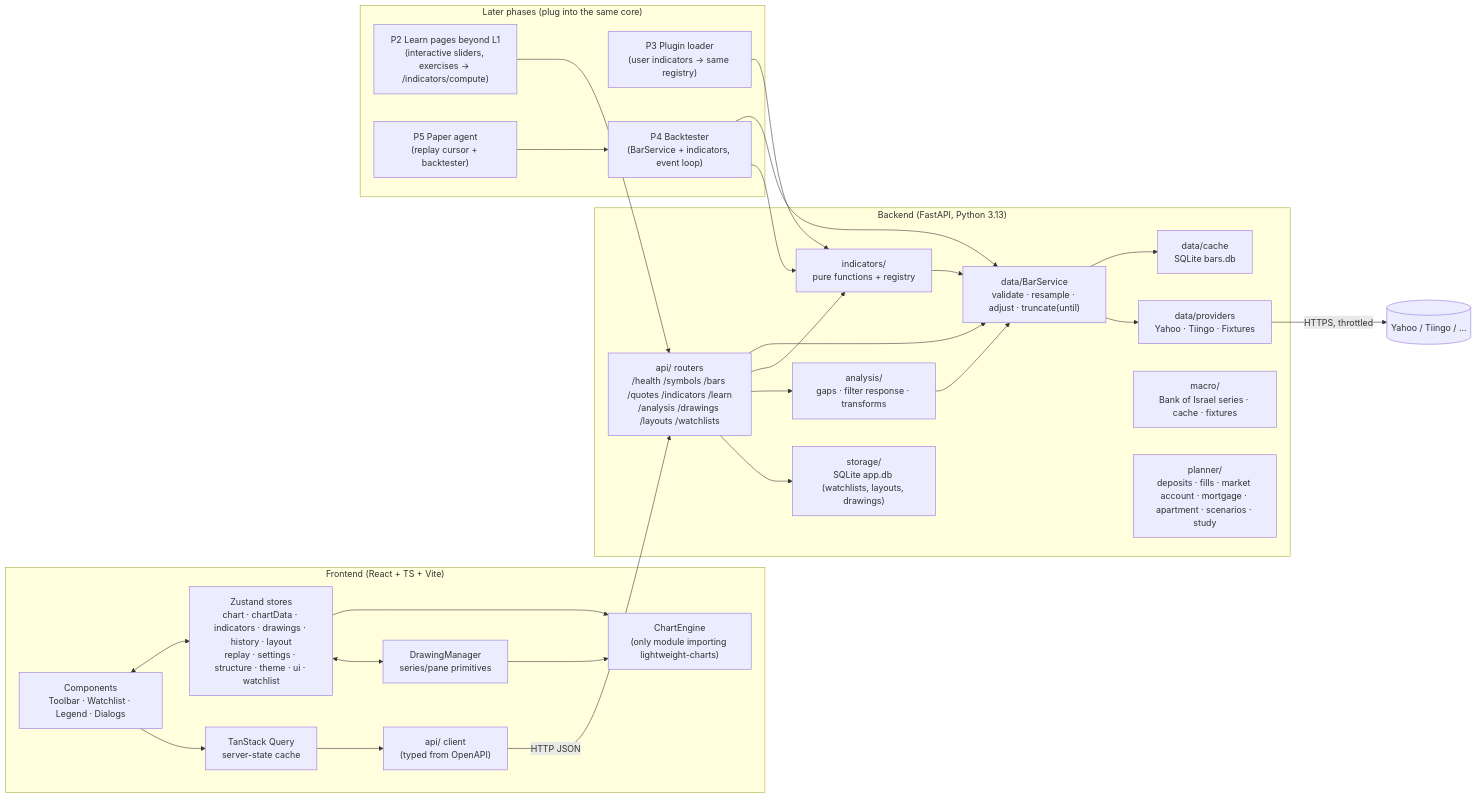
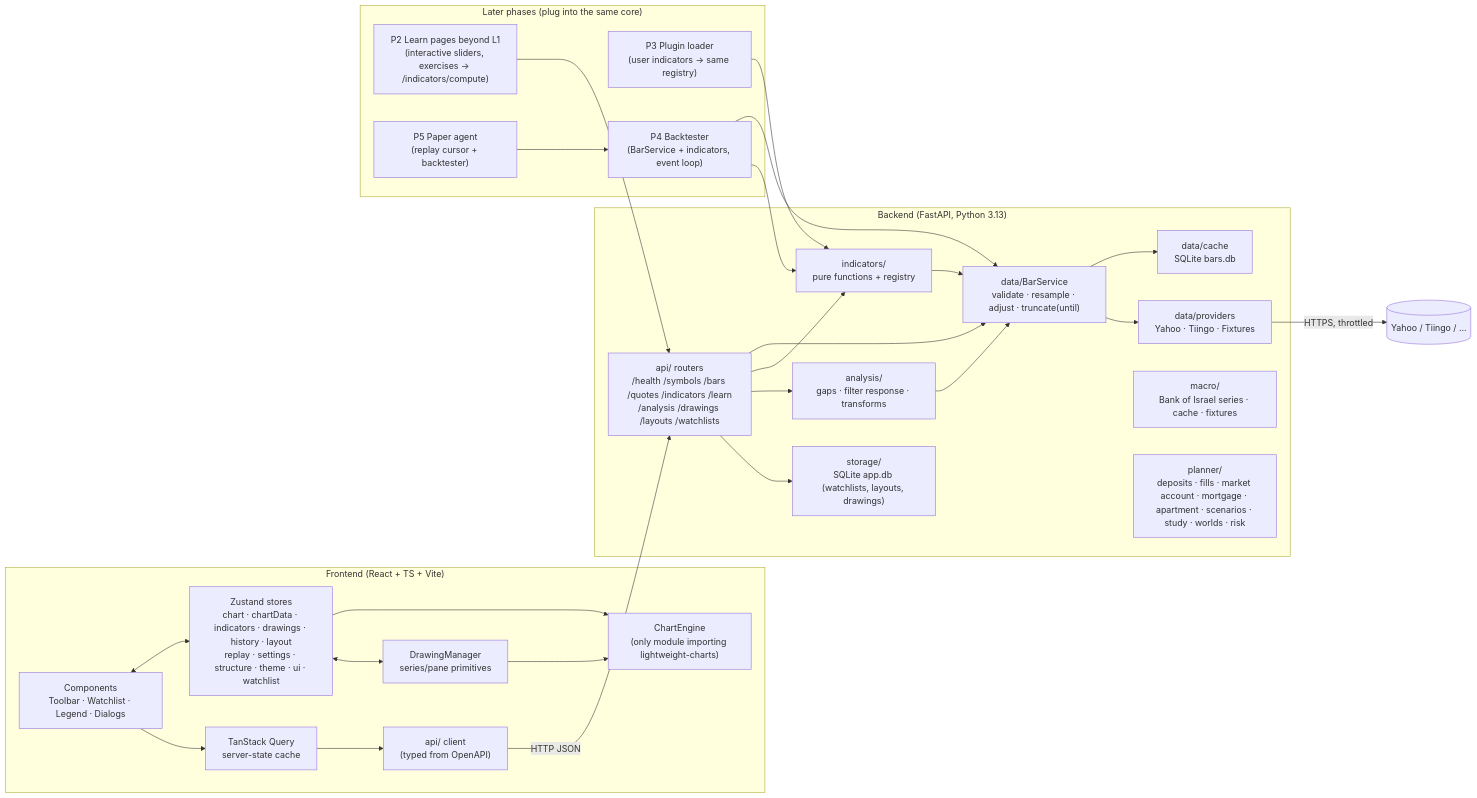
Before and after one commit to tamirgabgab/trade-nig-view: the first of 2 diagrams in docs/ARCHITECTURE.md, drawn with Mermaid. The commit also changed other lines of this file and 6 other files, not shown here.

First line of the commit message:
docs(planner): ADR 0022, the simulate API, and H3b in the plan, ROADMAP, README and HANDOFF

````diff
--- a/docs/ARCHITECTURE.md
+++ b/docs/ARCHITECTURE.md
@@ -18,50 +18,50 @@
 ```mermaid
 flowchart LR
   subgraph Browser["Frontend (React + TS + Vite)"]
     UI["Components<br/>Toolbar · Watchlist · Legend · Dialogs"]
     Store["Zustand stores<br/>chart · chartData · indicators · drawings · history · layout<br/>replay · settings · structure · theme · ui · watchlist"]
     Query["TanStack Query<br/>server-state cache"]
     Engine["ChartEngine<br/>(only module importing lightweight-charts)"]
     Draw["DrawingManager<br/>series/pane primitives"]
     API["api/ client<br/>(typed from OpenAPI)"]
     UI <--> Store
     UI --> Query --> API
     Store --> Engine
     Draw --> Engine
     Store <--> Draw
   end
 
   subgraph Backend["Backend (FastAPI, Python 3.13)"]
     Routes["api/ routers<br/>/health /symbols /bars /quotes /indicators /learn<br/>/analysis /drawings /layouts /watchlists"]
     BarSvc["data/BarService<br/>validate · resample · adjust · truncate(until)"]
     Cache["data/cache<br/>SQLite bars.db"]
     Prov["data/providers<br/>Yahoo · Tiingo · Fixtures"]
     Macro["macro/<br/>Bank of Israel series · cache · fixtures"]
-    Plan["planner/<br/>deposits · fills · market account · mortgage · apartment · scenarios · study"]
+    Plan["planner/<br/>deposits · fills · market account · mortgage · apartment · scenarios · study · worlds · risk"]
     Ind["indicators/<br/>pure functions + registry"]
     Ana["analysis/<br/>gaps · filter response · transforms"]
     Store2["storage/<br/>SQLite app.db (watchlists, layouts, drawings)"]
     Routes --> BarSvc --> Cache
     BarSvc --> Prov
     Routes --> Ind
     Routes --> Ana
     Ind --> BarSvc
     Ana --> BarSvc
     Routes --> Store2
   end
 
   subgraph Future["Later phases (plug into the same core)"]
     Learn["P2 Learn pages beyond L1<br/>(interactive sliders, exercises → /indicators/compute)"]
     Plug["P3 Plugin loader<br/>(user indicators → same registry)"]
     BT["P4 Backtester<br/>(BarService + indicators, event loop)"]
     Agent["P5 Paper agent<br/>(replay cursor + backtester)"]
   end
 
   API -->|HTTP JSON| Routes
   Prov -->|HTTPS, throttled| Internet[(Yahoo / Tiingo / ...)]
   Learn --> Routes
   Plug --> Ind
   BT --> BarSvc
   BT --> Ind
   Agent --> BT
 ```
````
